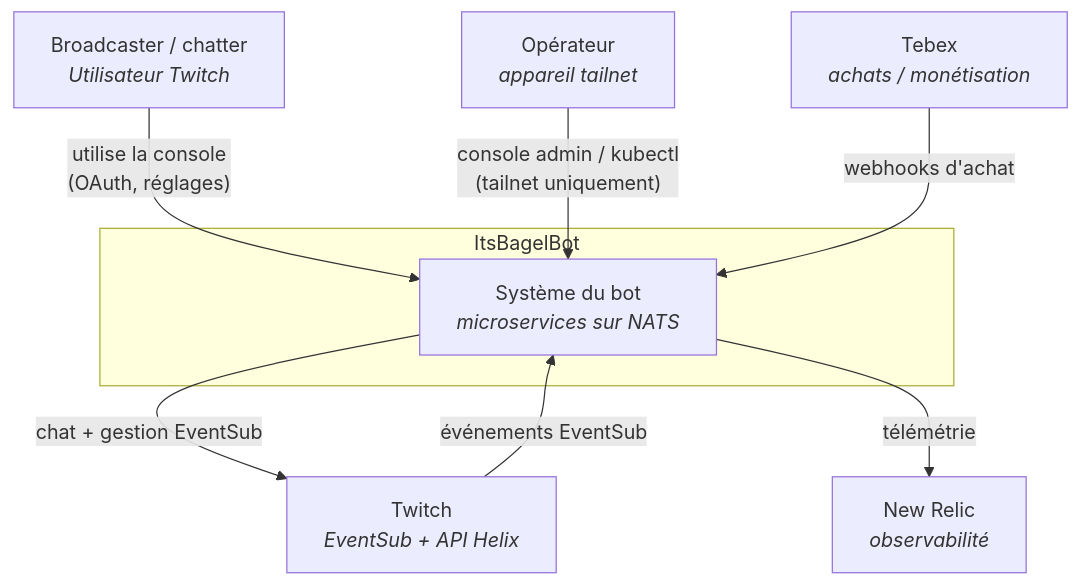
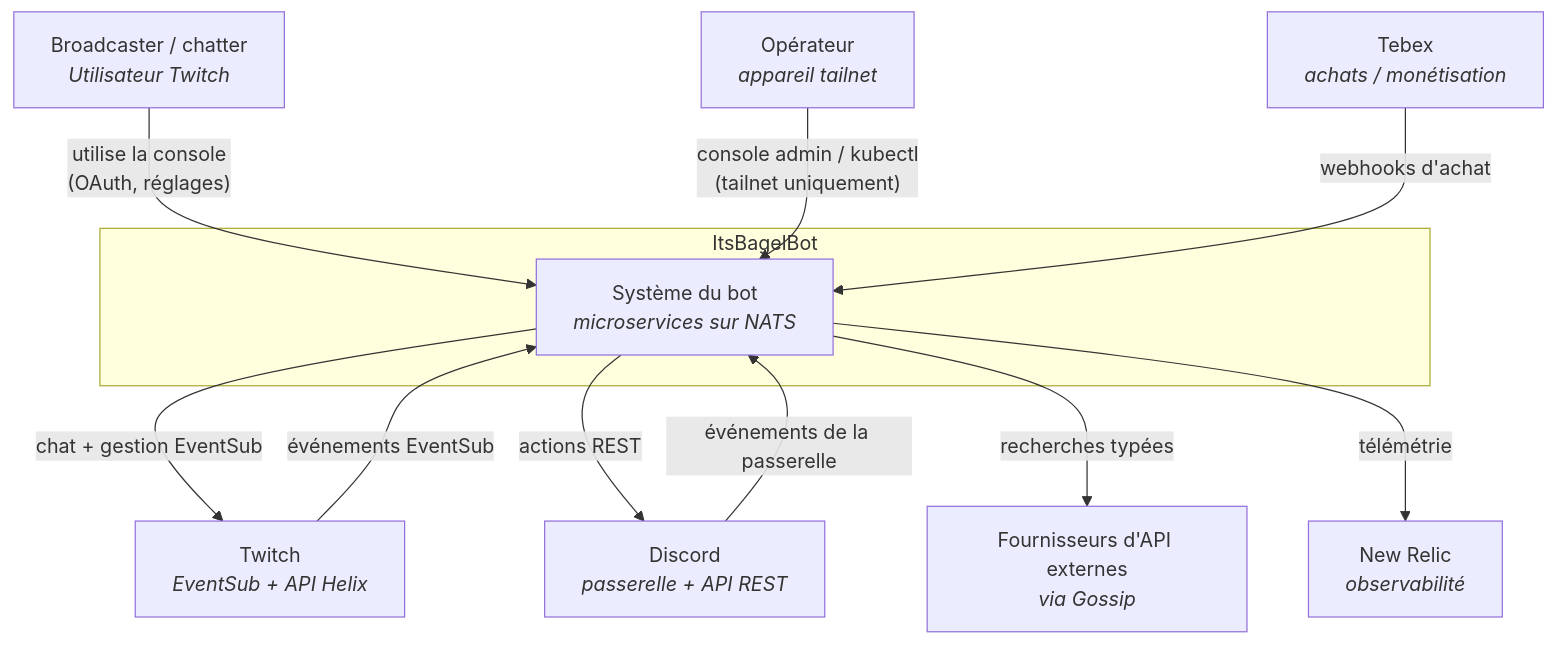
Before and after one commit to AdamOusmer/ItsBagelBot: the diagram in web/docs/src/content/docs/fr/architecture/index.md, drawn with Mermaid. The commit also changed other lines of this file and 97 other files, not shown here.

````diff
--- a/web/docs/src/content/docs/fr/architecture/index.md
+++ b/web/docs/src/content/docs/fr/architecture/index.md
@@ -16,21 +16,26 @@
 ```mermaid
 flowchart TB
     Broadcaster["Broadcaster / chatter<br/><i>Utilisateur Twitch</i>"]
     Operator["Opérateur<br/><i>appareil tailnet</i>"]
 
     subgraph Bagel ["ItsBagelBot"]
         Core["Système du bot<br/><i>microservices sur NATS</i>"]
     end
 
     Twitch["Twitch<br/><i>EventSub + API Helix</i>"]
+    Discord["Discord<br/><i>passerelle + API REST</i>"]
     Tebex["Tebex<br/><i>achats / monétisation</i>"]
+    Providers["Fournisseurs d'API externes<br/><i>via Gossip</i>"]
     NewRelic["New Relic<br/><i>observabilité</i>"]
 
     Broadcaster -- "utilise la console<br/>(OAuth, réglages)" --> Core
     Operator -- "console admin / kubectl<br/>(tailnet uniquement)" --> Core
 
     Twitch -- "événements EventSub" --> Core
     Core -- "chat + gestion EventSub" --> Twitch
+    Discord -- "événements de la passerelle" --> Core
+    Core -- "actions REST" --> Discord
     Tebex -- "webhooks d'achat" --> Core
+    Core -- "recherches typées" --> Providers
     Core -- "télémétrie" --> NewRelic
 ```
````
